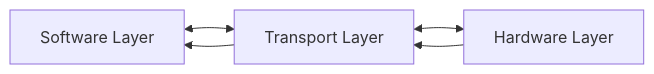
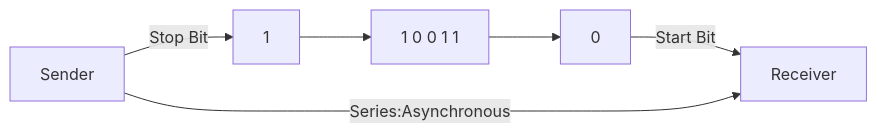
The sixth of 12 diagrams in Computer_Networks/CN_2.MD (shubham21155102/Archieve), drawn with Mermaid before and after one commit. The commit also changed other lines of this file and 4 other files, not shown here.

````diff
--- a/Computer_Networks/CN_2.MD
+++ b/Computer_Networks/CN_2.MD
@@ -52,6 +79,5 @@
 ```mermaid
 graph LR;
-A[Software Layer]<-->B[Transport Layer]<-->C[Hardware Layer]
-B-->A
-C-->B
+A[Sender]--Stop Bit-->F[1]-->E[1 0 0 1 1]-->G[0]--Start Bit-->B[Receiver]
+A--Series:Asynchronous-->B
 ```
````
